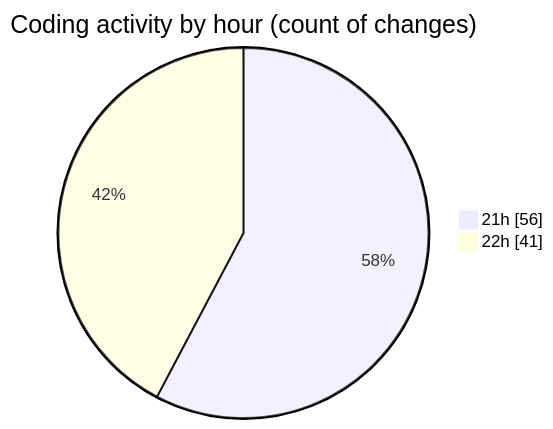
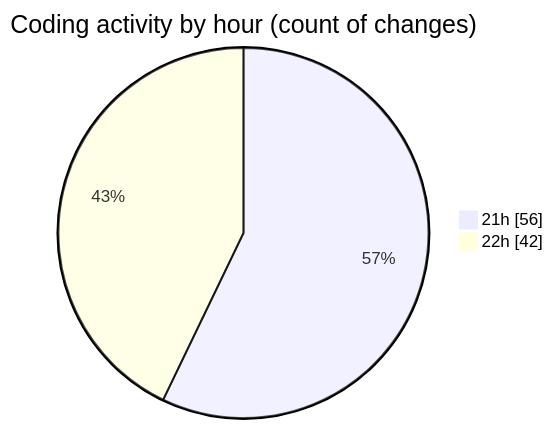
The second of 2 diagrams in 2025-03-26/echo/README.md (Netris89/code-tracking), drawn with Mermaid before and after one commit. The commit also changed other lines of this file and 1 other file, not shown here.

````diff
--- a/2025-03-26/echo/README.md
+++ b/2025-03-26/echo/README.md
@@ -34,6 +34,6 @@
 ```mermaid
 pie showData
 title Coding activity by hour (count of changes)
 "21h" : 56
-"22h" : 41
+"22h" : 42
 ```
````
